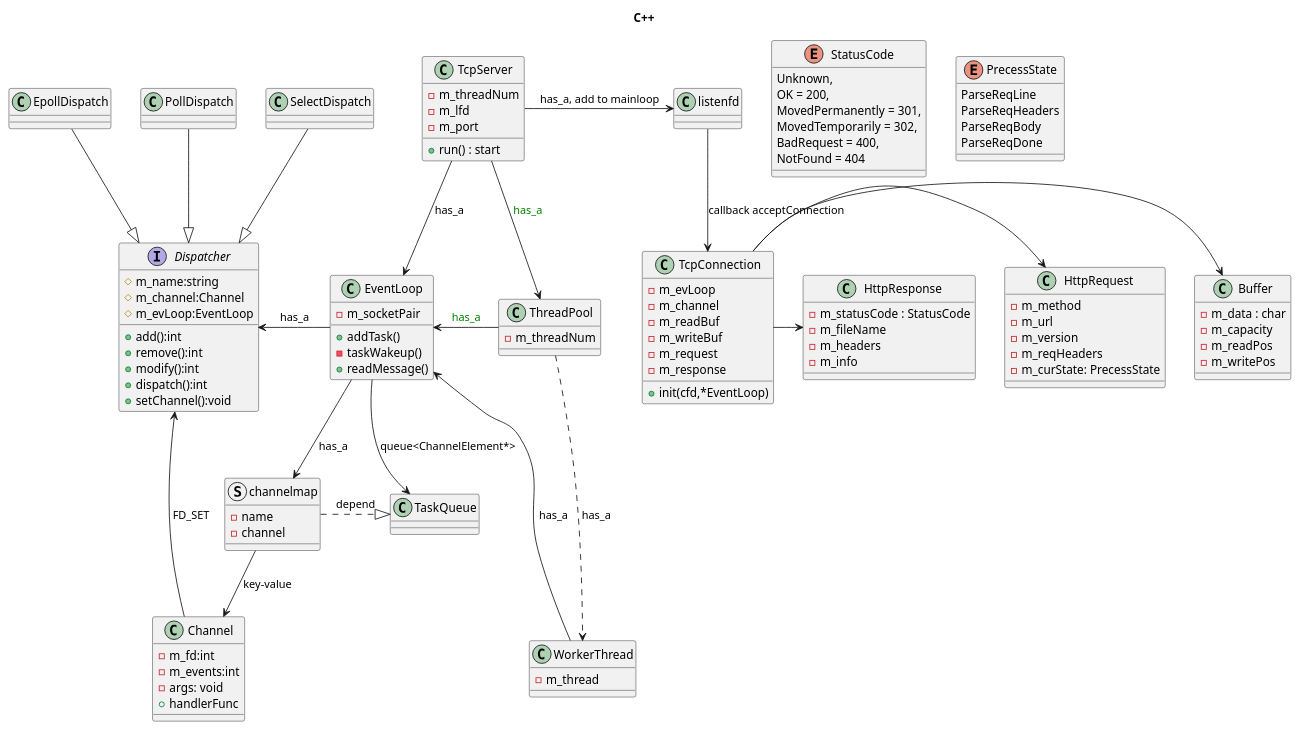
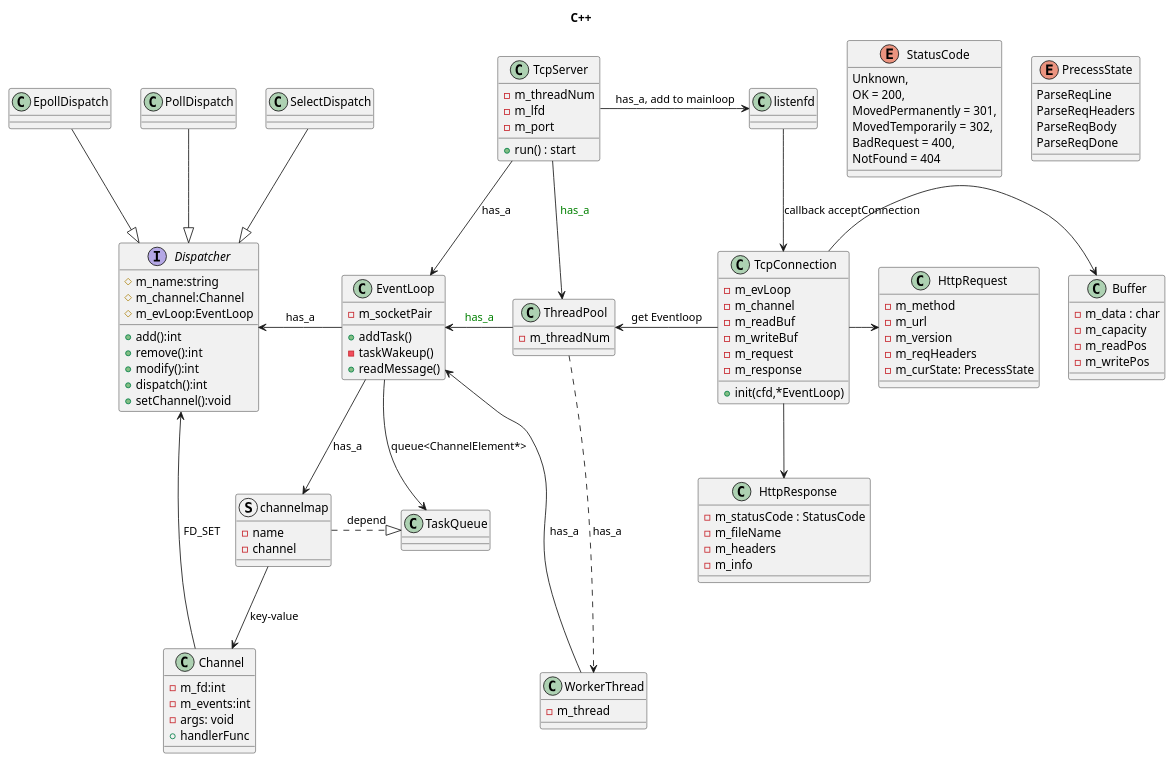
Before and after one commit to zhaol233/httpserver: the diagram in src/class_cpp.puml, drawn with PlantUML.

Commit message:
beautify the figure

```diff
--- a/src/class_cpp.puml
+++ b/src/class_cpp.puml
@@ -1,159 +1,160 @@
 @startuml
 title
 C++
 end title
 
 class Channel{
     - m_fd:int
     - m_events:int
     - args: void
     + handlerFunc
 }
 
 interface Dispatcher{
     + add():int
     + remove():int
     + modify():int
     + dispatch():int
     + setChannel():void
     # m_name:string
     # m_channel:Channel
     # m_evLoop:EventLoop
 }
 
 EpollDispatch --|> Dispatcher
 PollDispatch --|> Dispatcher
 SelectDispatch --|> Dispatcher
 
 class EventLoop{
     - m_socketPair
     + addTask()
     - taskWakeup()
     + readMessage()
 }
 
 
 
 struct channelmap {
     - name
     - channel
 }
 
 
 
 
 class ThreadPool{
     - m_threadNum
 } 
 
 ' sub_loop --.> EventLoop
 
 class WorkerThread
 {
     - m_thread
 }
 
 
 class TcpServer{
     - m_threadNum
     - m_lfd 
     - m_port 
     + run() : start
 }
 
 
 
 class TcpConnection
 {
     - m_evLoop
     - m_channel
     - m_readBuf
     - m_writeBuf
     - m_request
     - m_response
 
     + init(cfd,*EventLoop)
 }
 
 class Buffer{
     - m_data : char
     - m_capacity
     - m_readPos
     - m_writePos
 }
 class HttpRequest {
     - m_method
     - m_url
     - m_version
     - m_reqHeaders
     - m_curState: PrecessState 
 }
 
 class HttpResponse
 {
     - m_statusCode : StatusCode 
     - m_fileName
     - m_headers 
     - m_info 
 }
 
 enum StatusCode
 {
     Unknown,
     OK = 200,
     MovedPermanently = 301,
     MovedTemporarily = 302,
     BadRequest = 400,
     NotFound = 404
 }
 
 enum PrecessState
 {
     ParseReqLine
     ParseReqHeaders
     ParseReqBody
     ParseReqDone
 } 
 
 ' HttpRequest --.> PrecessState
 ' HttpResponse --.> StatusCode
 
 ' EventLoop --.> Channel : 包含channelmap
 EventLoop --> TaskQueue : queue<ChannelElement*>
 EventLoop -left> Dispatcher : has_a
 EventLoop --> channelmap: has_a
 channelmap --> Channel : key-value
 channelmap -right.|> TaskQueue : depend
 
 Dispatcher <-- Channel: FD_SET
 
 TcpServer --> EventLoop : has_a
 TcpServer --> ThreadPool : <color:green> has_a </color>
 
 
 ThreadPool -left> EventLoop : <color:green> has_a </color>
 
 ThreadPool --.> WorkerThread : has_a 
 EventLoop <-- WorkerThread : has_a
 
 TcpServer -right> listenfd :  has_a, add to mainloop
 
 listenfd --> TcpConnection :  callback acceptConnection
+ThreadPool <- TcpConnection : get Eventloop
 
 TcpConnection -right> Buffer
 TcpConnection -right> HttpRequest
-TcpConnection -right> HttpResponse
+TcpConnection --> HttpResponse
 
 ' TcpConnection --.> processRead : channel的读函数
 ' processRead --.> HttpRequest
 ' TcpConnection --.> processWrite : channel的写函数
 ' processWrite --.> HttpResponse
 
 ' TcpConnection  --.> Buffer  : read_buf和write_buf
 ' TcpConnection  --.> Channel : 当前连接对应的channel
 
 
 ' main.c --> hh
 
 
 @enduml 
```
